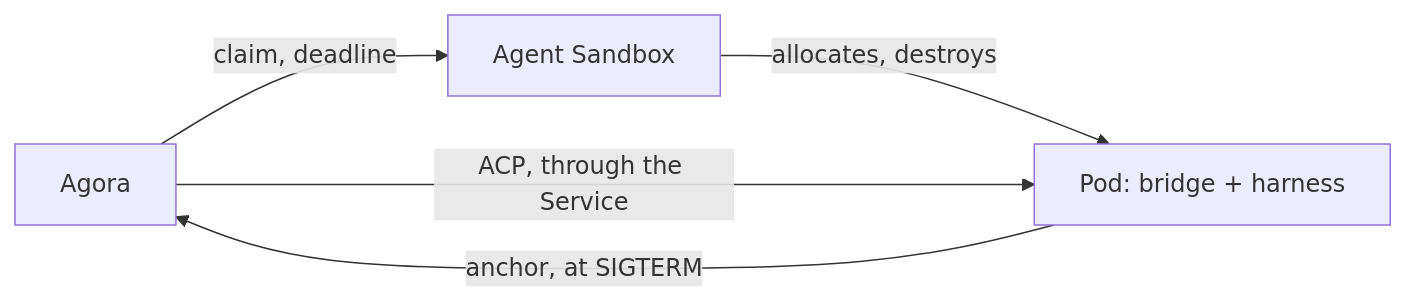
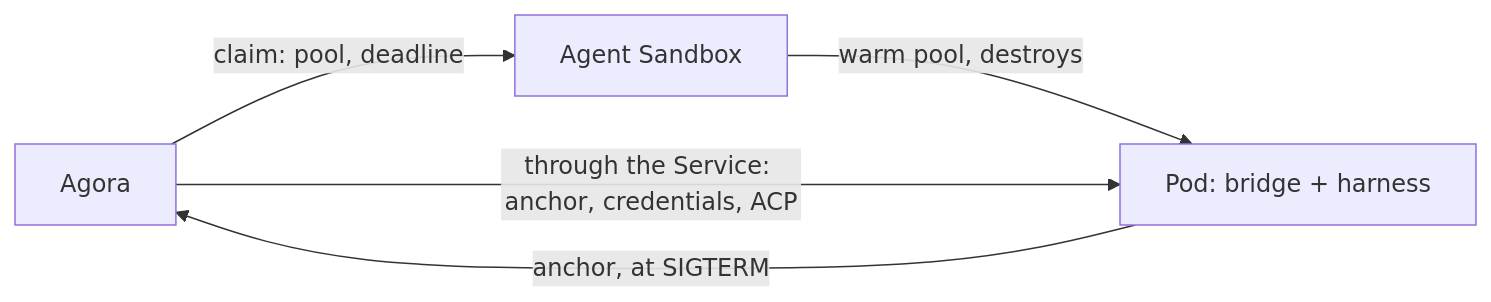
One commit to arnaultbretagne/agora changed the diagram in docs/adr/000n-executions.md. Above: the diagram before and after it, drawn with Mermaid. The commit also changed other lines of this file and 4 other files, not shown here.

First line of the commit message:
docs: a claim carries only a pool and a deadline; pools and warming made salient

````diff
--- a/docs/adr/000n-executions.md
+++ b/docs/adr/000n-executions.md
@@ -25,7 +27,7 @@
 ```mermaid
 flowchart LR
-    Agora -- claim, deadline --> AS[Agent Sandbox]
-    AS -- allocates, destroys --> Pod[Pod: bridge + harness]
-    Agora -- ACP, through the Service --> Pod
+    Agora -- claim: pool, deadline --> AS[Agent Sandbox]
+    AS -- warm pool, destroys --> Pod[Pod: bridge + harness]
+    Agora -- through the Service: anchor, credentials, ACP --> Pod
     Pod -- anchor, at SIGTERM --> Agora
 ```
````
